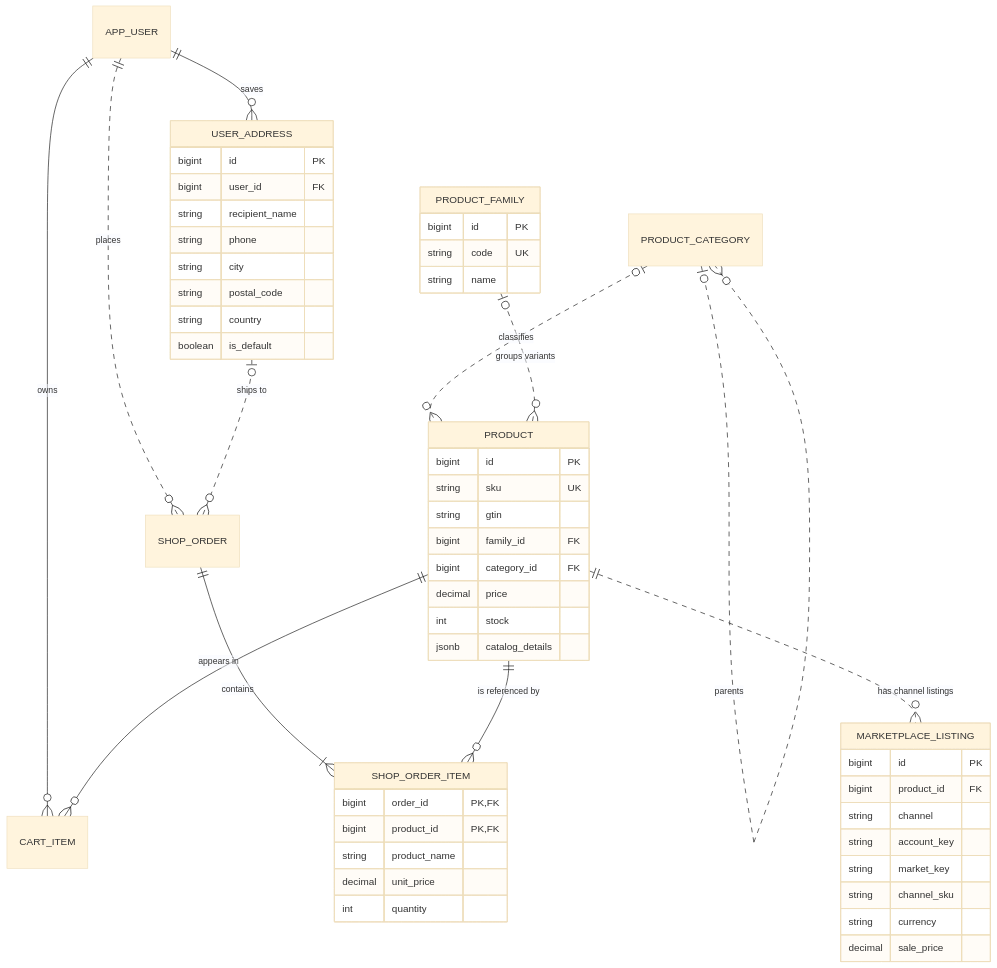
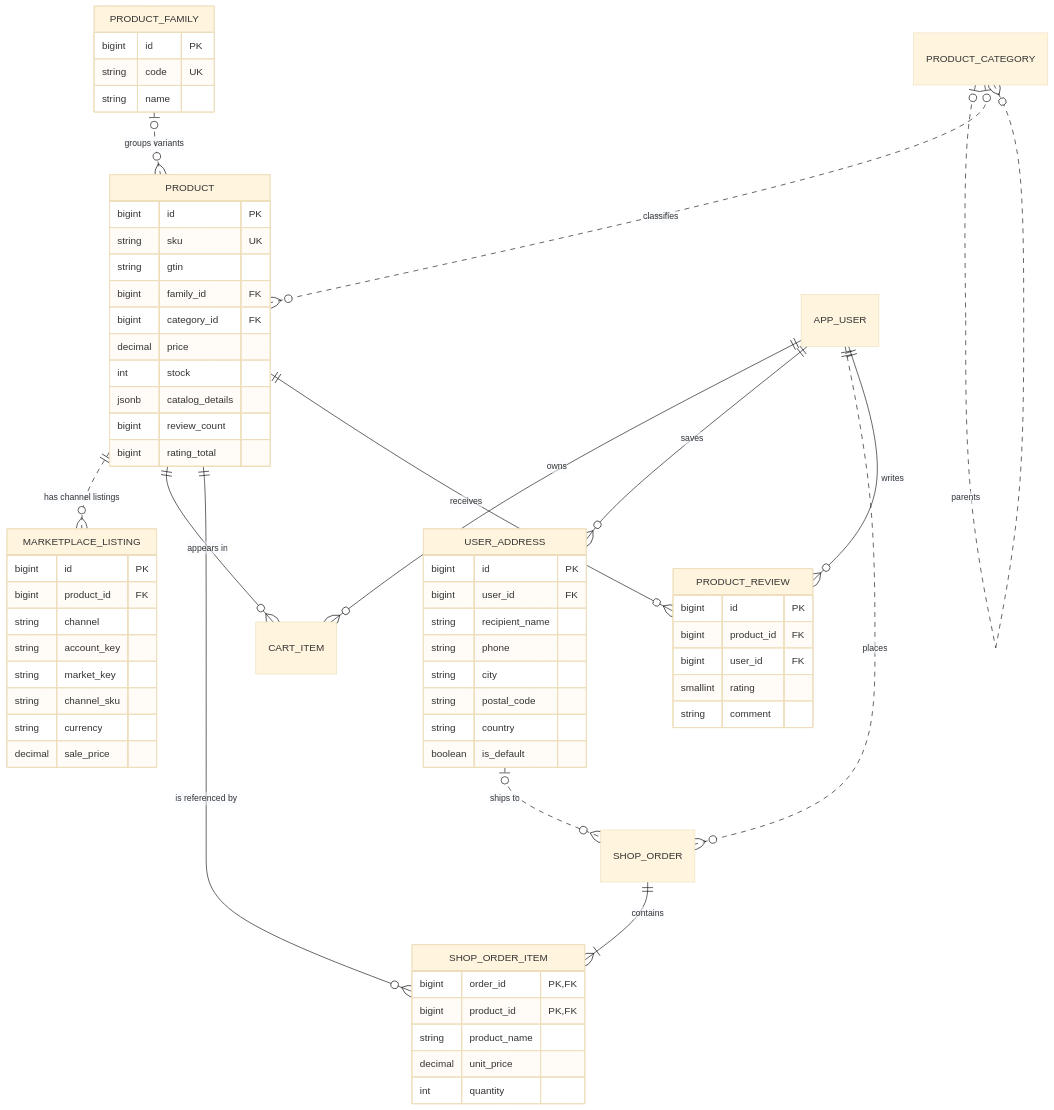
The second of 4 diagrams in README.md (sametakbal/kips-backend), drawn with Mermaid (base theme) before and after one commit. The commit also changed other lines of this file and 9 other files, not shown here.

Commit message:
Fix #15 :feat: Implement product review functionality with API endpoints, database migration, and security configuration

````diff
--- a/README.md
+++ b/README.md
@@ -48,57 +48,68 @@
 ```mermaid
 erDiagram
     PRODUCT_CATEGORY |o..o{ PRODUCT_CATEGORY : "parents"
     PRODUCT_CATEGORY |o..o{ PRODUCT : "classifies"
     PRODUCT_FAMILY |o..o{ PRODUCT : "groups variants"
     PRODUCT ||..o{ MARKETPLACE_LISTING : "has channel listings"
     APP_USER ||--o{ CART_ITEM : "owns"
     PRODUCT ||--o{ CART_ITEM : "appears in"
     APP_USER ||--o{ USER_ADDRESS : "saves"
     APP_USER ||..o{ SHOP_ORDER : "places"
     USER_ADDRESS |o..o{ SHOP_ORDER : "ships to"
     SHOP_ORDER ||--|{ SHOP_ORDER_ITEM : "contains"
     PRODUCT ||--o{ SHOP_ORDER_ITEM : "is referenced by"
+    APP_USER ||--o{ PRODUCT_REVIEW : "writes"
+    PRODUCT ||--o{ PRODUCT_REVIEW : "receives"
 
+    PRODUCT_REVIEW {
+        bigint id PK
+        bigint product_id FK
+        bigint user_id FK
+        smallint rating
+        string comment
+    }
     PRODUCT_FAMILY {
         bigint id PK
         string code UK
         string name
     }
     PRODUCT {
         bigint id PK
         string sku UK
         string gtin
         bigint family_id FK
         bigint category_id FK
         decimal price
         int stock
         jsonb catalog_details
+        bigint review_count
+        bigint rating_total
     }
     MARKETPLACE_LISTING {
         bigint id PK
         bigint product_id FK
         string channel
         string account_key
         string market_key
         string channel_sku
         string currency
         decimal sale_price
     }
     USER_ADDRESS {
         bigint id PK
         bigint user_id FK
         string recipient_name
         string phone
         string city
         string postal_code
         string country
         boolean is_default
     }
     SHOP_ORDER_ITEM {
         bigint order_id PK, FK
         bigint product_id PK, FK
         string product_name
         decimal unit_price
         int quantity
     }
 ```
````
